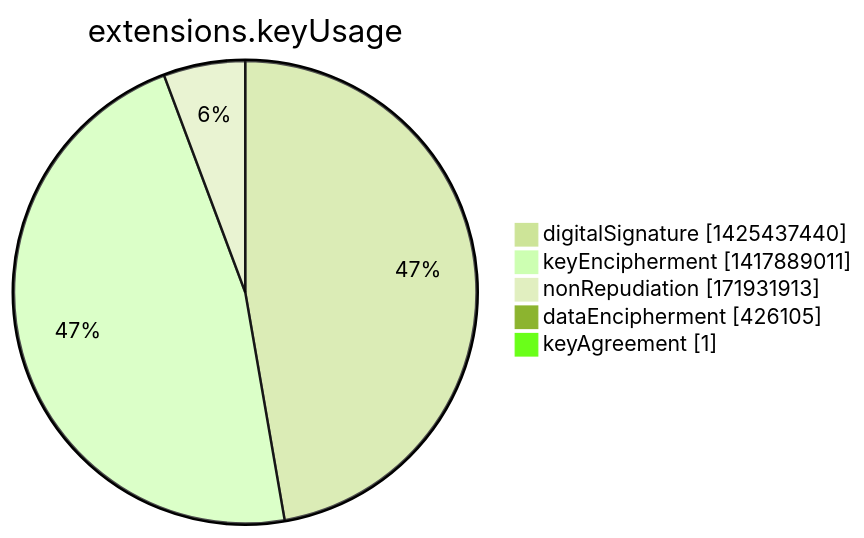
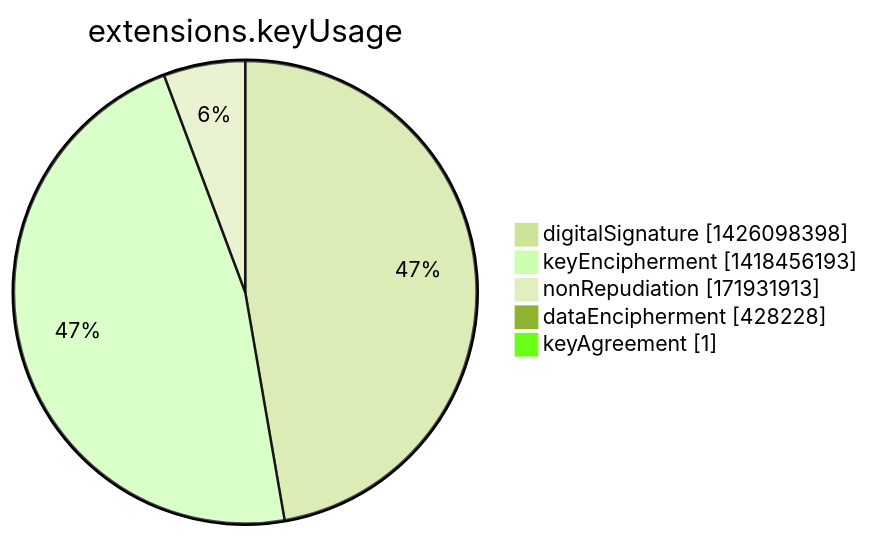
Before and after one commit to christiankrug/ctmonitor_visualization: the seventh of 15 diagrams in argon2022/README.md, drawn with Mermaid (forest theme). The commit also changed other lines of this file, not shown here.

````diff
--- a/argon2022/README.md
+++ b/argon2022/README.md
@@ -2751,9 +2751,9 @@
 ```mermaid
 pie showData
 title extensions.keyUsage
-"digitalSignature" :1425437440
-"keyEncipherment" :1417889011
+"digitalSignature" :1426098398
+"keyEncipherment" :1418456193
 "nonRepudiation" :171931913
-"dataEncipherment" :426105
+"dataEncipherment" :428228
 "keyAgreement" :1
 ```
````
